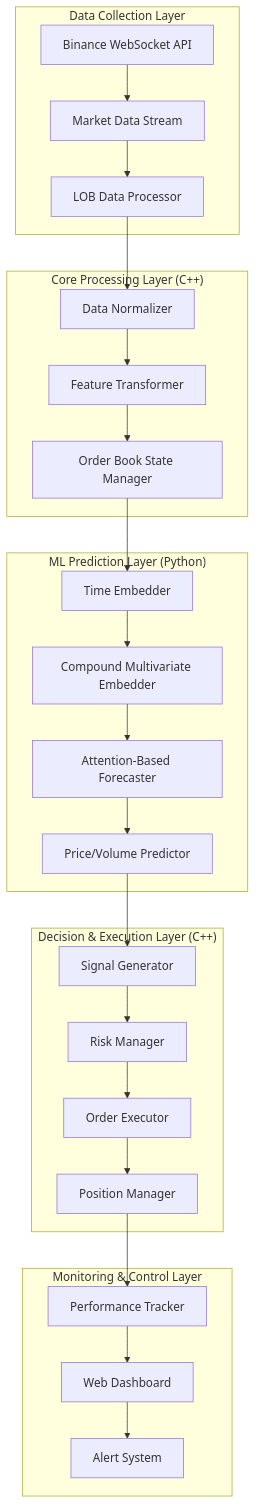
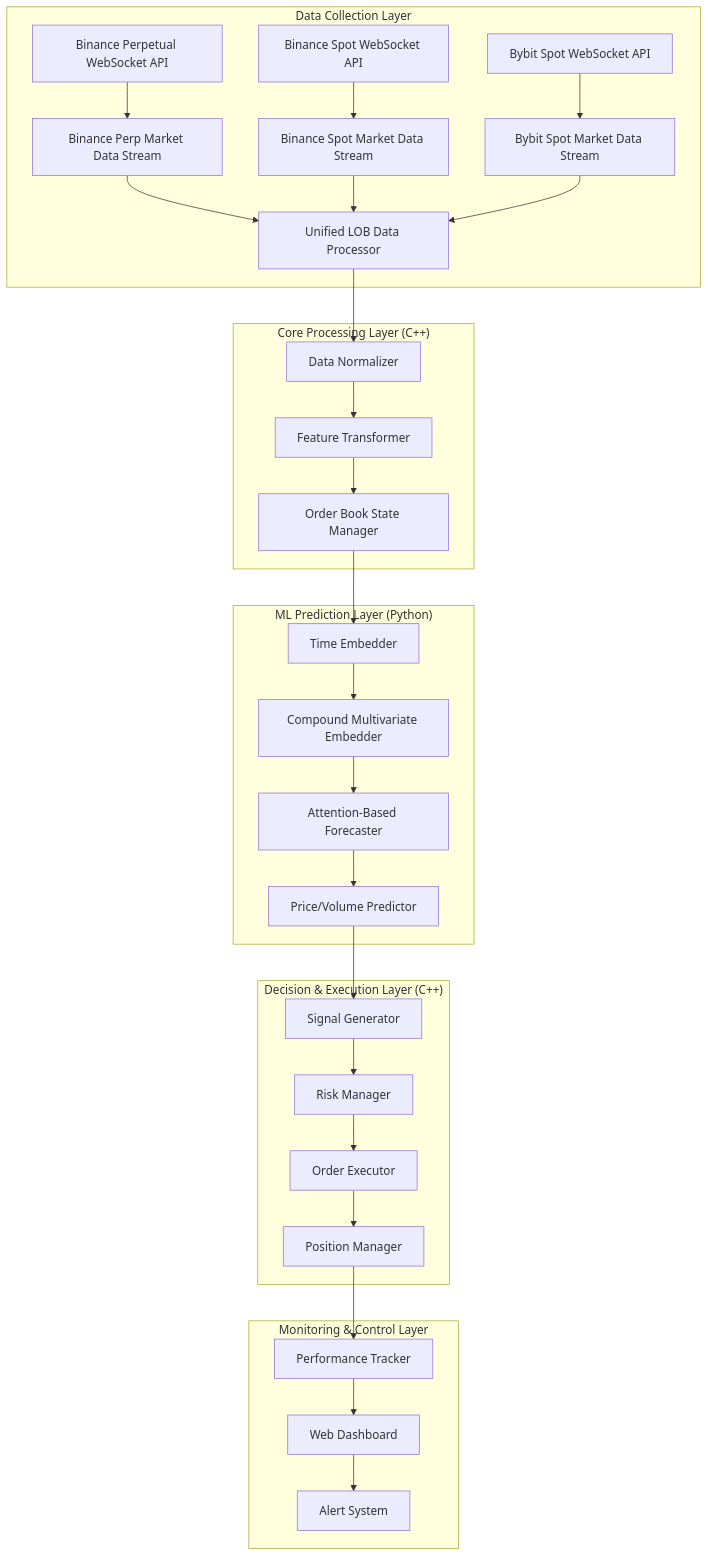
One commit to bossdebitbotz/aai changed the first of 2 diagrams in binance-lob-trading-system-map.md. Above: the diagram before and after it, drawn with Mermaid. The commit also changed other lines of this file, not shown here.

Commit message:
feat: Add Bybit Spot and Binance Spot order book data processing

````diff
--- a/binance-lob-trading-system-map.md
+++ b/binance-lob-trading-system-map.md
@@ -6,33 +6,38 @@
 ```mermaid
 graph TD
     subgraph "Data Collection Layer"
-        A[Binance WebSocket API] --> B[Market Data Stream]
-        B --> C[LOB Data Processor]
+        A1[Binance Perpetual WebSocket API] --> B1[Binance Perp Market Data Stream]
+        A2[Binance Spot WebSocket API] --> B2[Binance Spot Market Data Stream]
+        A3[Bybit Spot WebSocket API] --> B3[Bybit Spot Market Data Stream]
+        
+        B1 --> C[Unified LOB Data Processor]
+        B2 --> C
+        B3 --> C
     end
     
     subgraph "Core Processing Layer (C++)"
         C --> D[Data Normalizer]
         D --> E[Feature Transformer]
         E --> F[Order Book State Manager]
     end
     
     subgraph "ML Prediction Layer (Python)"
         F --> G[Time Embedder]
         G --> H[Compound Multivariate Embedder]
         H --> I[Attention-Based Forecaster]
         I --> J[Price/Volume Predictor]
     end
     
     subgraph "Decision & Execution Layer (C++)"
         J --> K[Signal Generator]
         K --> L[Risk Manager]
         L --> M[Order Executor]
         M --> N[Position Manager]
     end
     
     subgraph "Monitoring & Control Layer"
         N --> O[Performance Tracker]
         O --> P[Web Dashboard]
         P --> Q[Alert System]
     end
 ```
````
